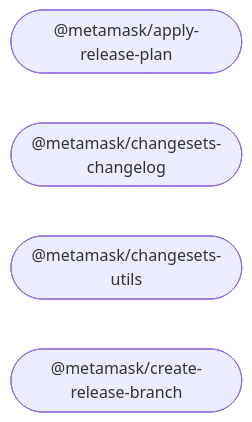
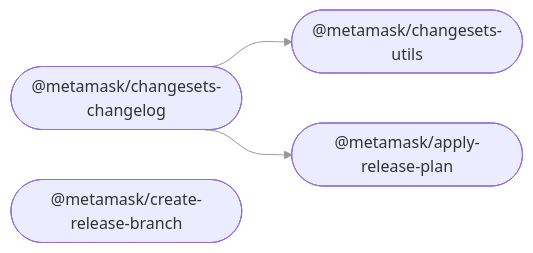
One commit to MetaMask/release-tools changed the diagram in README.md. Above: the diagram before and after it, drawn with Mermaid. The commit also changed 23 other files, not shown here.

Commit message:
feat: implement changesets changelog module

````diff
--- a/README.md
+++ b/README.md
@@ -28,9 +28,11 @@
 ```mermaid
 %%{ init: { 'flowchart': { 'curve': 'bumpX' } } }%%
 graph LR;
 linkStyle default opacity:0.5
   apply_release_plan(["@metamask/apply-release-plan"]);
   changesets_changelog(["@metamask/changesets-changelog"]);
   changesets_utils(["@metamask/changesets-utils"]);
   create_release_branch(["@metamask/create-release-branch"]);
+  changesets_changelog --> changesets_utils;
+  changesets_changelog --> apply_release_plan;
 ```
````
